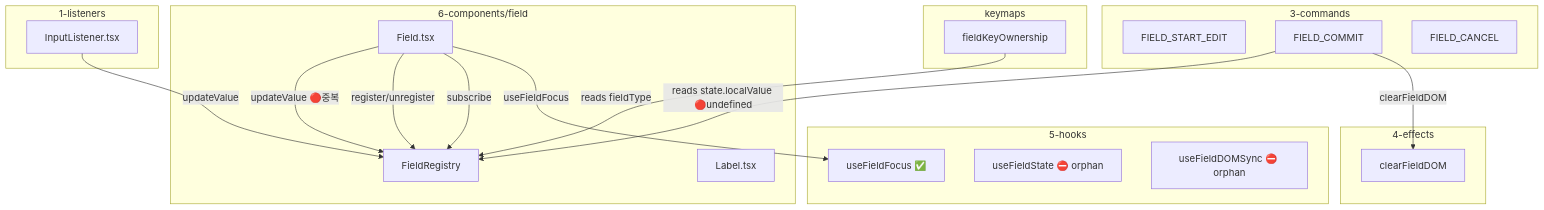
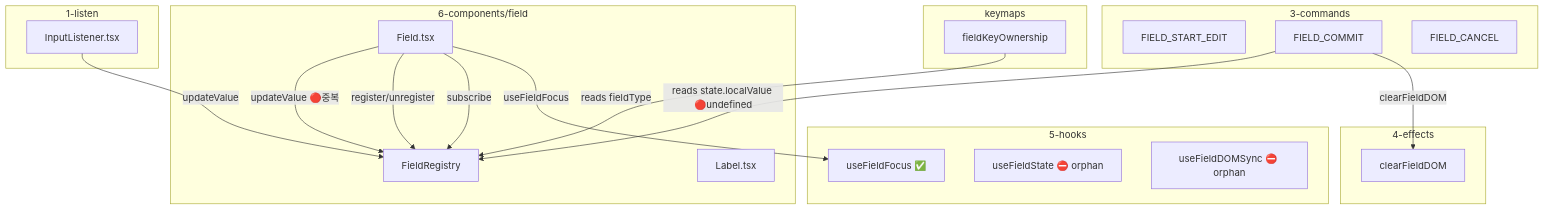
The diagram in docs/archive/2026/02/W08/2026-0219-1800-report-field-design-review.md (developer-1px/interactive-os), drawn with Mermaid before and after one commit. The commit also changed other lines of this file and 684 other files, not shown here.

````diff
--- a/docs/archive/2026/02/W08/2026-0219-1800-report-field-design-review.md
+++ b/docs/archive/2026/02/W08/2026-0219-1800-report-field-design-review.md
@@ -158,41 +158,41 @@
 ```mermaid
 graph TD
-    subgraph "1-listeners"
+    subgraph "1-listen"
         IL["InputListener.tsx"]
     end
 
     subgraph "3-commands"
         FSE["FIELD_START_EDIT"]
         FC["FIELD_COMMIT"]
         FCA["FIELD_CANCEL"]
     end
 
     subgraph "4-effects"
         CFD["clearFieldDOM"]
     end
 
     subgraph "5-hooks"
         UFF["useFieldFocus ✅"]
         UFS["useFieldState ⛔ orphan"]
         UFDS["useFieldDOMSync ⛔ orphan"]
     end
 
     subgraph "6-components/field"
         FR["FieldRegistry"]
         F["Field.tsx"]
         L["Label.tsx"]
     end
 
     subgraph "keymaps"
         FKO["fieldKeyOwnership"]
     end
 
     IL -->|"updateValue"| FR
     F -->|"updateValue 🔴중복"| FR
     F -->|"register/unregister"| FR
     F -->|"subscribe"| FR
     FC -->|"reads state.localValue 🔴undefined"| FR
     FC -->|"clearFieldDOM"| CFD
     FKO -->|"reads fieldType"| FR
     F -->|"useFieldFocus"| UFF
 ```
````
